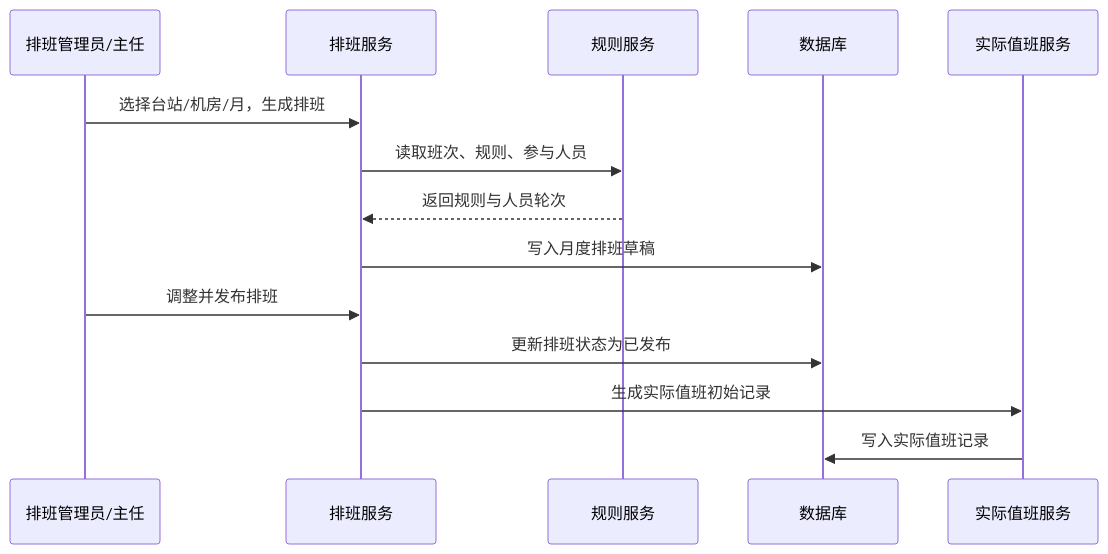
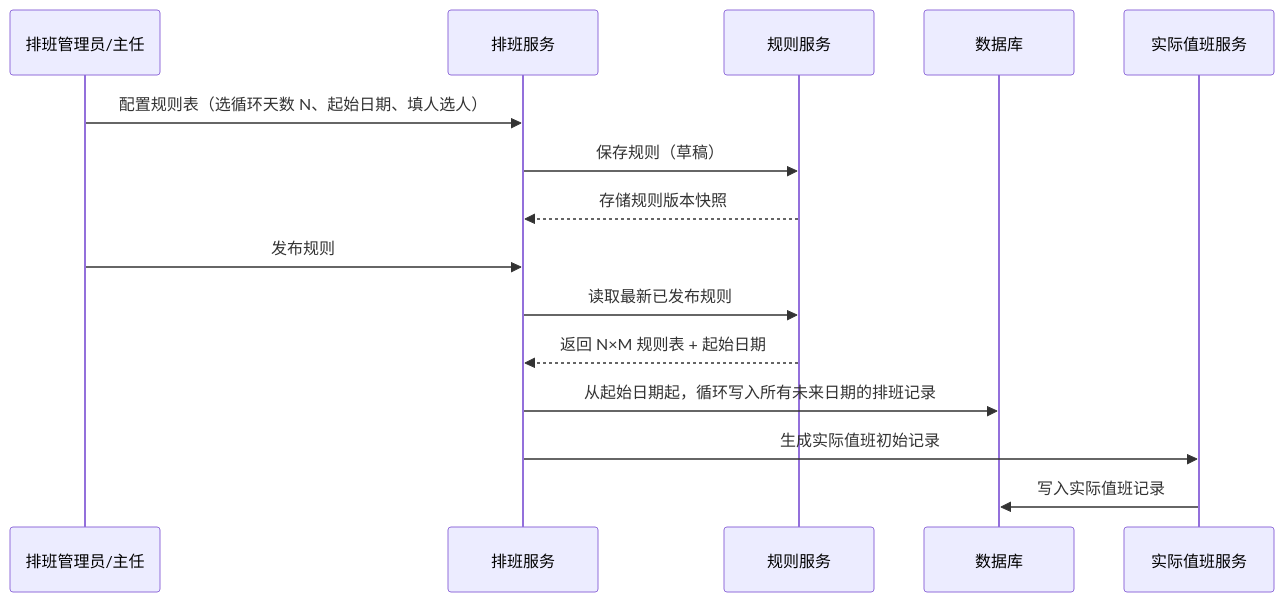
Before and after one commit to libaiyun/duty-management-system: the second of 3 diagrams in docs/design/03-总体设计.md, drawn with Mermaid. The commit also changed other lines of this file and 4 other files, not shown here.

````diff
--- a/docs/design/03-总体设计.md
+++ b/docs/design/03-总体设计.md
@@ -158,17 +158,18 @@
 ```mermaid
 sequenceDiagram
     participant A as 排班管理员/主任
     participant S as 排班服务
     participant R as 规则服务
     participant D as 数据库
     participant V as 实际值班服务
 
-    A->>S: 选择台站/机房/月，生成排班
-    S->>R: 读取班次、规则、参与人员
-    R-->>S: 返回规则与人员轮次
-    S->>D: 写入月度排班草稿
-    A->>S: 调整并发布排班
-    S->>D: 更新排班状态为已发布
+    A->>S: 配置规则表（选循环天数 N、起始日期、填人选人）
+    S->>R: 保存规则（草稿）
+    R-->>S: 存储规则版本快照
+    A->>S: 发布规则
+    S->>R: 读取最新已发布规则
+    R-->>S: 返回 N×M 规则表 + 起始日期
+    S->>D: 从起始日期起，循环写入所有未来日期的排班记录
     S->>V: 生成实际值班初始记录
     V->>D: 写入实际值班记录
 ```
````
